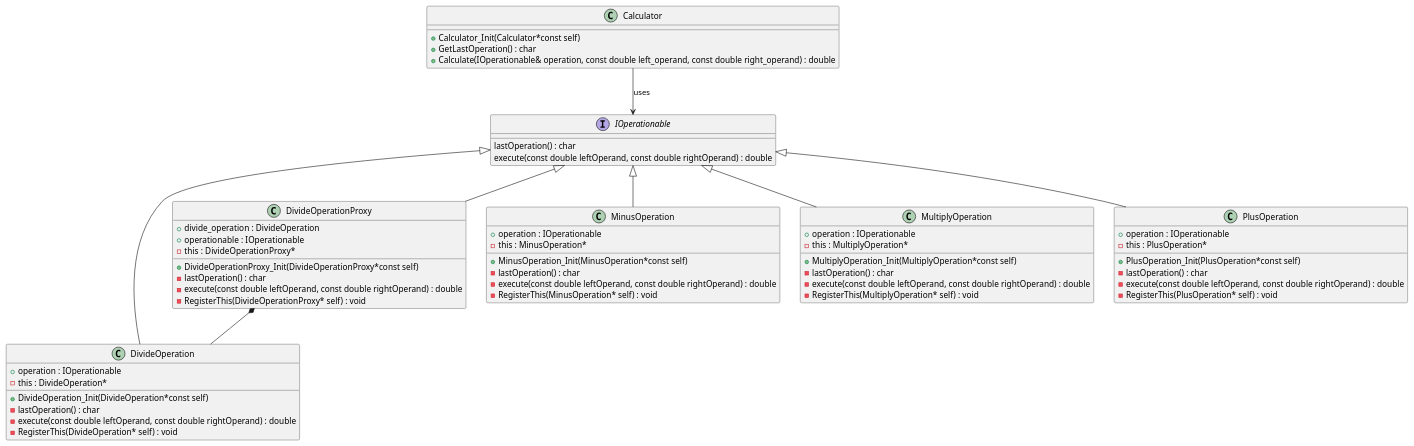
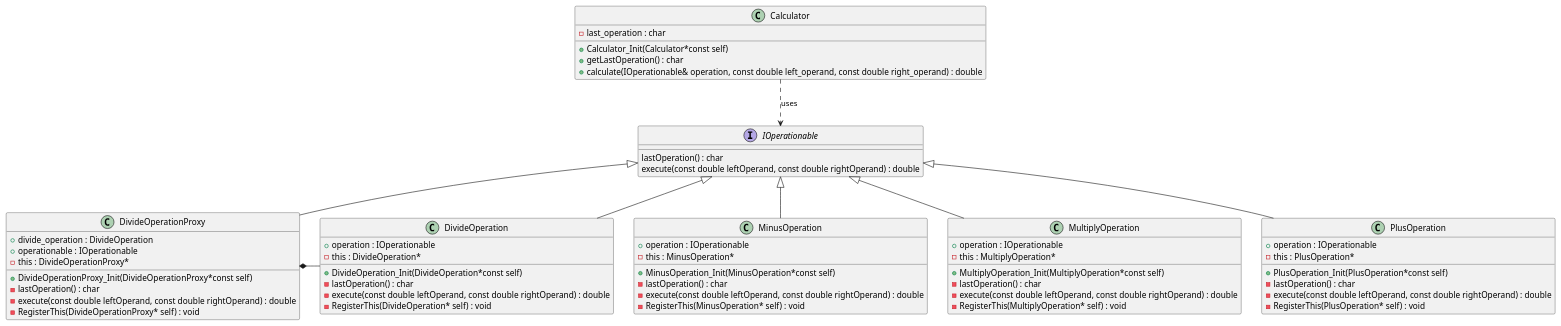
One commit to MatrixWeber/CleanCode_C changed the diagram in Exercises/MyTries/refactoring/simplify/simplify/uml1.puml. Above: the diagram before and after it, drawn with PlantUML. The commit also changed 43 other files, not shown here.

```diff
--- a/Exercises/MyTries/refactoring/simplify/simplify/uml1.puml
+++ b/Exercises/MyTries/refactoring/simplify/simplify/uml1.puml
@@ -1,106 +1,107 @@
 @startuml
 
 
 
 
 
 /' Objects '/
 
 class Calculator {
 	+Calculator_Init(Calculator*const self)
-	+GetLastOperation() : char 
-	+Calculate(IOperationable& operation, const double left_operand, const double right_operand) : double
+	+getLastOperation() : char
+	+calculate(IOperationable& operation, const double left_operand, const double right_operand) : double
+	- last_operation : char
 }
 
 
 class DivideOperation {
 	+DivideOperation_Init(DivideOperation*const self)
 	+operation : IOperationable
 	-this : DivideOperation*
 	-lastOperation() : char
 	-execute(const double leftOperand, const double rightOperand) : double
     -RegisterThis(DivideOperation* self) : void
 }
 
 
 class DivideOperationProxy {
 	+DivideOperationProxy_Init(DivideOperationProxy*const self)
 	+divide_operation : DivideOperation
     +operationable : IOperationable
 	-this : DivideOperationProxy*
 	-lastOperation() : char
 	-execute(const double leftOperand, const double rightOperand) : double
     -RegisterThis(DivideOperationProxy* self) : void
 }
 
 
 interface IOperationable {
 	lastOperation() : char
 	execute(const double leftOperand, const double rightOperand) : double
 }
 
 
 class MinusOperation {
 	+MinusOperation_Init(MinusOperation*const self)
 	+operation : IOperationable
 	-this : MinusOperation*
 	-lastOperation() : char
 	-execute(const double leftOperand, const double rightOperand) : double
     -RegisterThis(MinusOperation* self) : void
 }
 
 
 class MultiplyOperation {
 	+MultiplyOperation_Init(MultiplyOperation*const self)
 	+operation : IOperationable
 	-this : MultiplyOperation*
 	-lastOperation() : char
 	-execute(const double leftOperand, const double rightOperand) : double
     -RegisterThis(MultiplyOperation* self) : void
 }
 
 
 class PlusOperation {
 	+PlusOperation_Init(PlusOperation*const self)
 	+operation : IOperationable
 	-this : PlusOperation*
 	-lastOperation() : char
 	-execute(const double leftOperand, const double rightOperand) : double
     -RegisterThis(PlusOperation* self) : void
 }
 
 
 
 
 
 /' Inheritance relationships '/
 
 IOperationable <|-- DivideOperation
 
 
 IOperationable <|-- DivideOperationProxy
 
 
 IOperationable <|-- MinusOperation
 
 
 IOperationable <|-- MultiplyOperation
 
 
 IOperationable <|-- PlusOperation
 
-Calculator --> IOperationable : uses
+Calculator ..> IOperationable : uses
 
 
 
 
 
 /' Aggregation relationships '/
 
-DivideOperationProxy *-- DivideOperation
+DivideOperationProxy *- DivideOperation
 
 
 
 
 
 @enduml
```
